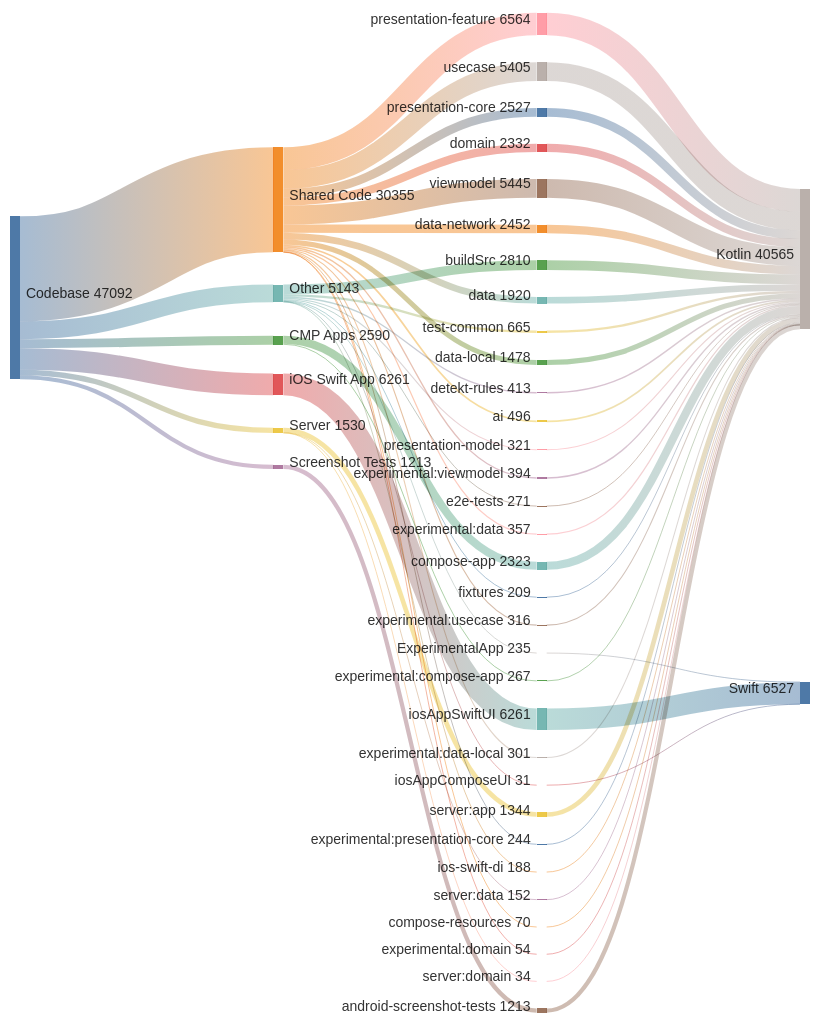
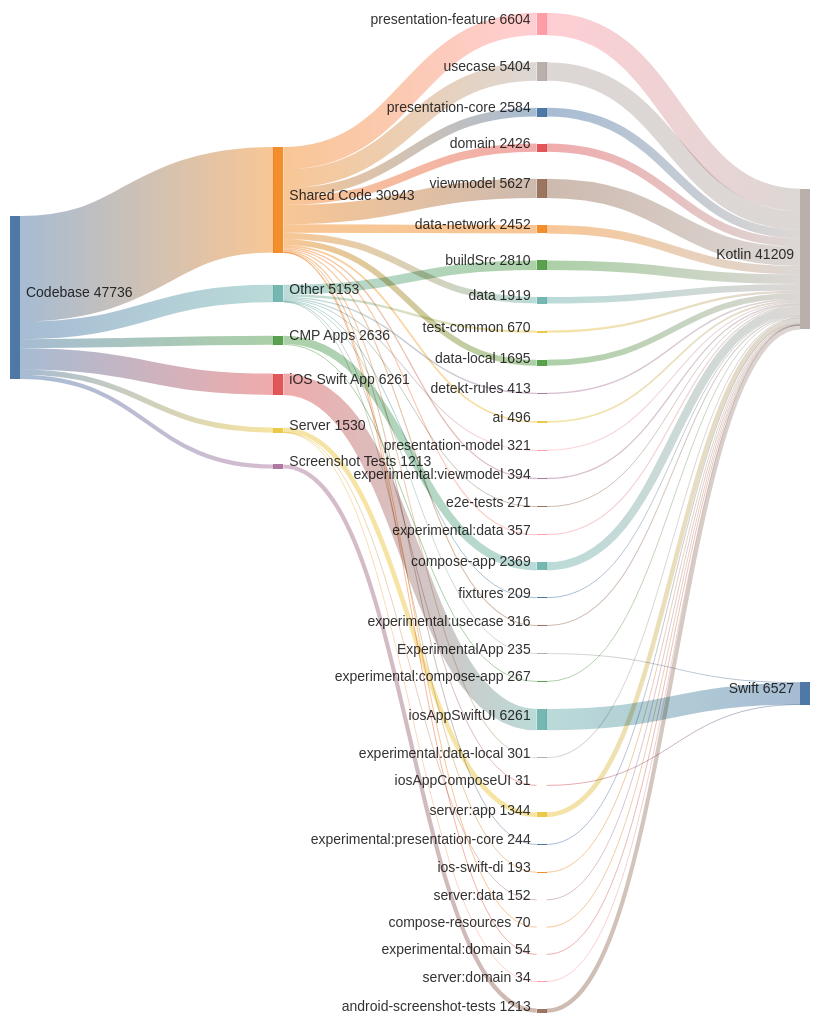
The second of 2 diagrams in README.md (cartland/battery-butler), drawn with Mermaid before and after one commit. The commit also changed 2 other files, not shown here.

Commit message:
docs(generated): Regenerate architecture diagrams and analysis (#1237)

```diff
--- a/README.md
+++ b/README.md
@@ -224,21 +224,21 @@
 %% GENERATED FILE - DO NOT EDIT
 sankey-beta
 
-Codebase,Shared Code,30355
+Codebase,Shared Code,30943
 Codebase,iOS Swift App,6261
-Codebase,Other,5143
-Codebase,CMP Apps,2590
+Codebase,Other,5153
+Codebase,CMP Apps,2636
 Codebase,Server,1530
 Codebase,Screenshot Tests,1213
 
-Shared Code,presentation-feature,6564
-Shared Code,viewmodel,5445
-Shared Code,usecase,5405
-Shared Code,presentation-core,2527
+Shared Code,presentation-feature,6604
+Shared Code,viewmodel,5627
+Shared Code,usecase,5404
+Shared Code,presentation-core,2584
 Shared Code,data-network,2452
-Shared Code,domain,2332
-Shared Code,data,1920
-Shared Code,data-local,1478
+Shared Code,domain,2426
+Shared Code,data,1919
+Shared Code,data-local,1695
 Shared Code,ai,496
 Shared Code,experimental:viewmodel,394
 Shared Code,experimental:data,357
@@ -251,16 +251,16 @@
 iOS Swift App,iosAppSwiftUI,6261
 
 Other,buildSrc,2810
-Other,test-common,665
+Other,test-common,670
 Other,detekt-rules,413
 Other,presentation-model,321
 Other,e2e-tests,271
 Other,ExperimentalApp,235
 Other,fixtures,209
-Other,ios-swift-di,188
+Other,ios-swift-di,193
 Other,iosAppComposeUI,31
 
-CMP Apps,compose-app,2323
+CMP Apps,compose-app,2369
 CMP Apps,experimental:compose-app,267
 
 Server,server:app,1344
@@ -269,20 +269,20 @@
 
 Screenshot Tests,android-screenshot-tests,1213
 
-presentation-feature,Kotlin,6564
+presentation-feature,Kotlin,6604
 iosAppSwiftUI,Swift,6261
-viewmodel,Kotlin,5445
-usecase,Kotlin,5405
+viewmodel,Kotlin,5627
+usecase,Kotlin,5404
 buildSrc,Kotlin,2810
-presentation-core,Kotlin,2527
+presentation-core,Kotlin,2584
 data-network,Kotlin,2452
-domain,Kotlin,2332
-compose-app,Kotlin,2323
-data,Kotlin,1920
-data-local,Kotlin,1478
+domain,Kotlin,2426
+compose-app,Kotlin,2369
+data,Kotlin,1919
+data-local,Kotlin,1695
 server:app,Kotlin,1344
 android-screenshot-tests,Kotlin,1213
-test-common,Kotlin,665
+test-common,Kotlin,670
 ai,Kotlin,496
 detekt-rules,Kotlin,413
 experimental:viewmodel,Kotlin,394
@@ -295,7 +295,7 @@
 experimental:presentation-core,Kotlin,244
 ExperimentalApp,Swift,235
 fixtures,Kotlin,209
-ios-swift-di,Kotlin,188
+ios-swift-di,Kotlin,193
 server:data,Kotlin,152
 compose-resources,Kotlin,70
 experimental:domain,Kotlin,54
```
